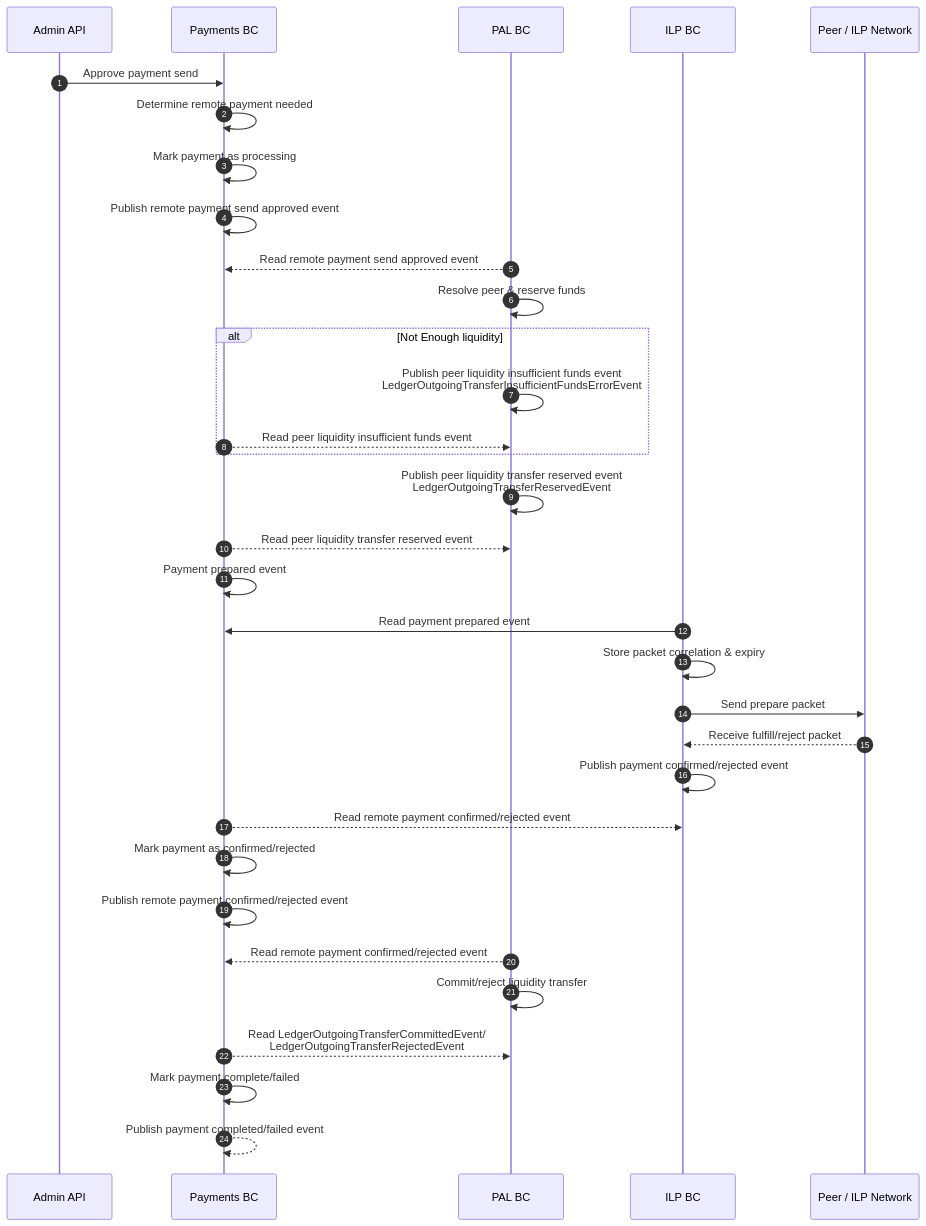
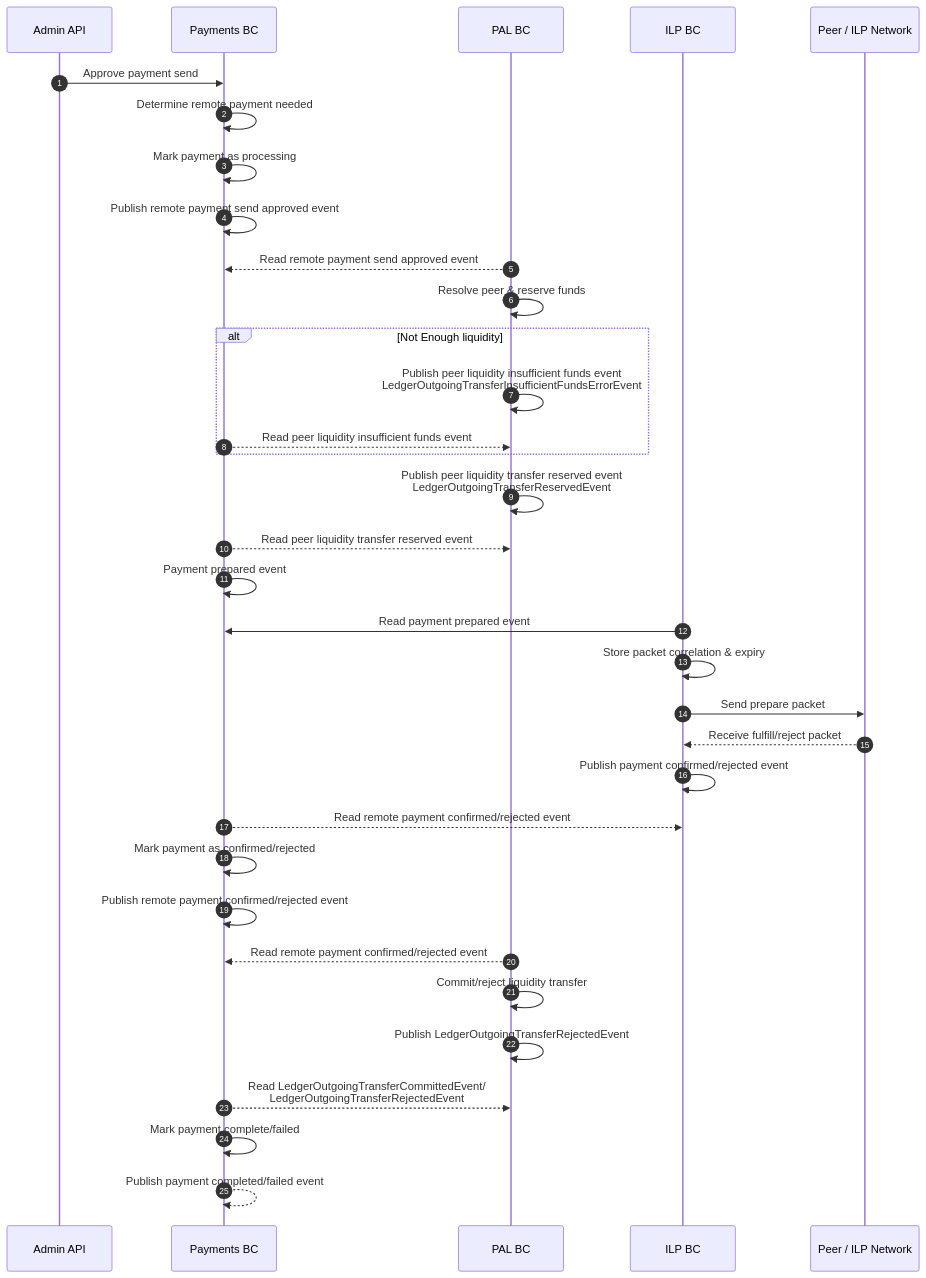
The diagram in internal-docs/sequence-diagrams/ILP/Remote Payment - Sending.md (interledger/rhyza), drawn with Mermaid before and after one commit.

Commit message:
Update internal-docs/sequence-diagrams/ILP/Remote Payment - Sending.md

````diff
--- a/internal-docs/sequence-diagrams/ILP/Remote Payment - Sending.md
+++ b/internal-docs/sequence-diagrams/ILP/Remote Payment - Sending.md
@@ -3,44 +3,45 @@
 ```mermaid
 sequenceDiagram
 	autonumber
 
     participant AAPI as Admin API
     participant PBC as Payments BC
     participant PAL as PAL BC
     participant ILPBC as ILP BC
     participant Peer as Peer / ILP Network
 
     AAPI ->> PBC: Approve payment send
     PBC ->> PBC: Determine remote payment needed
     PBC ->> PBC: Mark payment as processing
 
     PBC ->> PBC: Publish remote payment send approved event
 
     %% PBC ->> AAPI: Return payment status
 
     PAL -->> PBC: Read remote payment send approved event
     PAL ->> PAL: Resolve peer & reserve funds
 
     alt Not Enough liquidity
     PAL ->> PAL: Publish peer liquidity insufficient funds event<br>LedgerOutgoingTransferInsufficientFundsErrorEvent
     PBC -->> PAL: Read peer liquidity insufficient funds event
     end
     PAL ->> PAL: Publish peer liquidity transfer reserved event<br>LedgerOutgoingTransferReservedEvent
     PBC -->> PAL: Read peer liquidity transfer reserved event
     PBC ->> PBC: Payment prepared event
     ILPBC ->> PBC: Read payment prepared event
 
     ILPBC ->> ILPBC: Store packet correlation & expiry
     ILPBC ->> Peer: Send prepare packet
     Peer -->> ILPBC: Receive fulfill/reject packet
     ILPBC ->> ILPBC: Publish payment confirmed/rejected event
 
     PBC -->> ILPBC: Read remote payment confirmed/rejected event
     PBC ->> PBC: Mark payment as confirmed/rejected
     PBC ->> PBC: Publish remote payment confirmed/rejected event
     PAL -->> PBC: Read remote payment confirmed/rejected event
     PAL ->> PAL: Commit/reject liquidity transfer 
+    PAL ->> PAL: Publish LedgerOutgoingTransferRejectedEvent
     PBC -->> PAL: Read LedgerOutgoingTransferCommittedEvent/<br>LedgerOutgoingTransferRejectedEvent
     PBC ->> PBC: Mark payment complete/failed
     PBC -->> PBC: Publish payment completed/failed event
 ```
````
